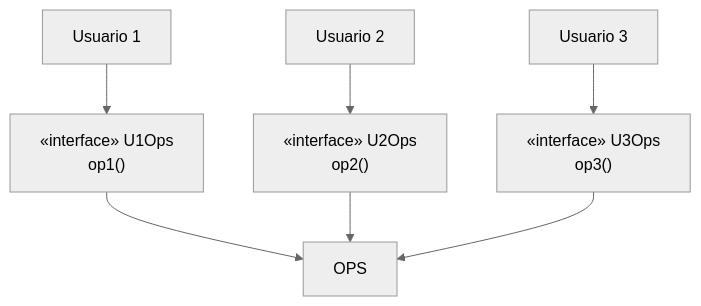
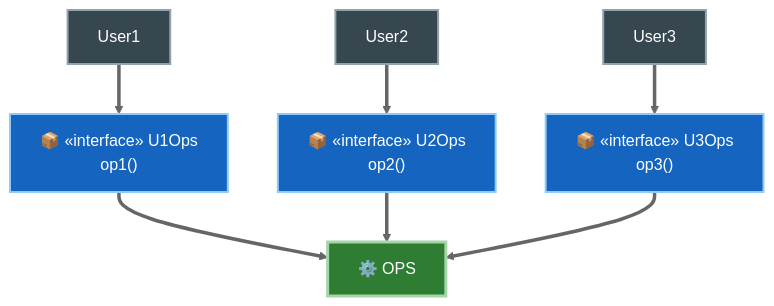
Before and after one commit to JavierMachucaA/clean-architecture-guia: the third of 4 diagrams in 03-principios-solid/04-isp-interface-segregation.md, drawn with Mermaid (neutral theme). The commit also changed other lines of this file and 45 other files, not shown here.

````diff
--- a/03-principios-solid/04-isp-interface-segregation.md
+++ b/03-principios-solid/04-isp-interface-segregation.md
@@ -37,10 +51,18 @@
 ```mermaid
 flowchart TD
-    U1["Usuario 1"] --> I1["«interface» U1Ops<br/>op1()"]
-    U2["Usuario 2"] --> I2["«interface» U2Ops<br/>op2()"]
-    U3["Usuario 3"] --> I3["«interface» U3Ops<br/>op3()"]
+    U1["User1"] ==> I1["📦 «interface» U1Ops<br/>op1()"]
+    U2["User2"] ==> I2["📦 «interface» U2Ops<br/>op2()"]
+    U3["User3"] ==> I3["📦 «interface» U3Ops<br/>op3()"]
 
-    I1 --> OPS["OPS"]
-    I2 --> OPS
-    I3 --> OPS
+    I1 ==> OPS["⚙️ OPS"]
+    I2 ==> OPS
+    I3 ==> OPS
+
+    style U1 fill:#37474f,stroke:#90a4ae,color:#fff,stroke-width:2px
+    style U2 fill:#37474f,stroke:#90a4ae,color:#fff,stroke-width:2px
+    style U3 fill:#37474f,stroke:#90a4ae,color:#fff,stroke-width:2px
+    style I1 fill:#1565c0,stroke:#90caf9,color:#fff,stroke-width:2px
+    style I2 fill:#1565c0,stroke:#90caf9,color:#fff,stroke-width:2px
+    style I3 fill:#1565c0,stroke:#90caf9,color:#fff,stroke-width:2px
+    style OPS fill:#2e7d32,stroke:#a5d6a7,color:#fff,stroke-width:3px
 ```
````
